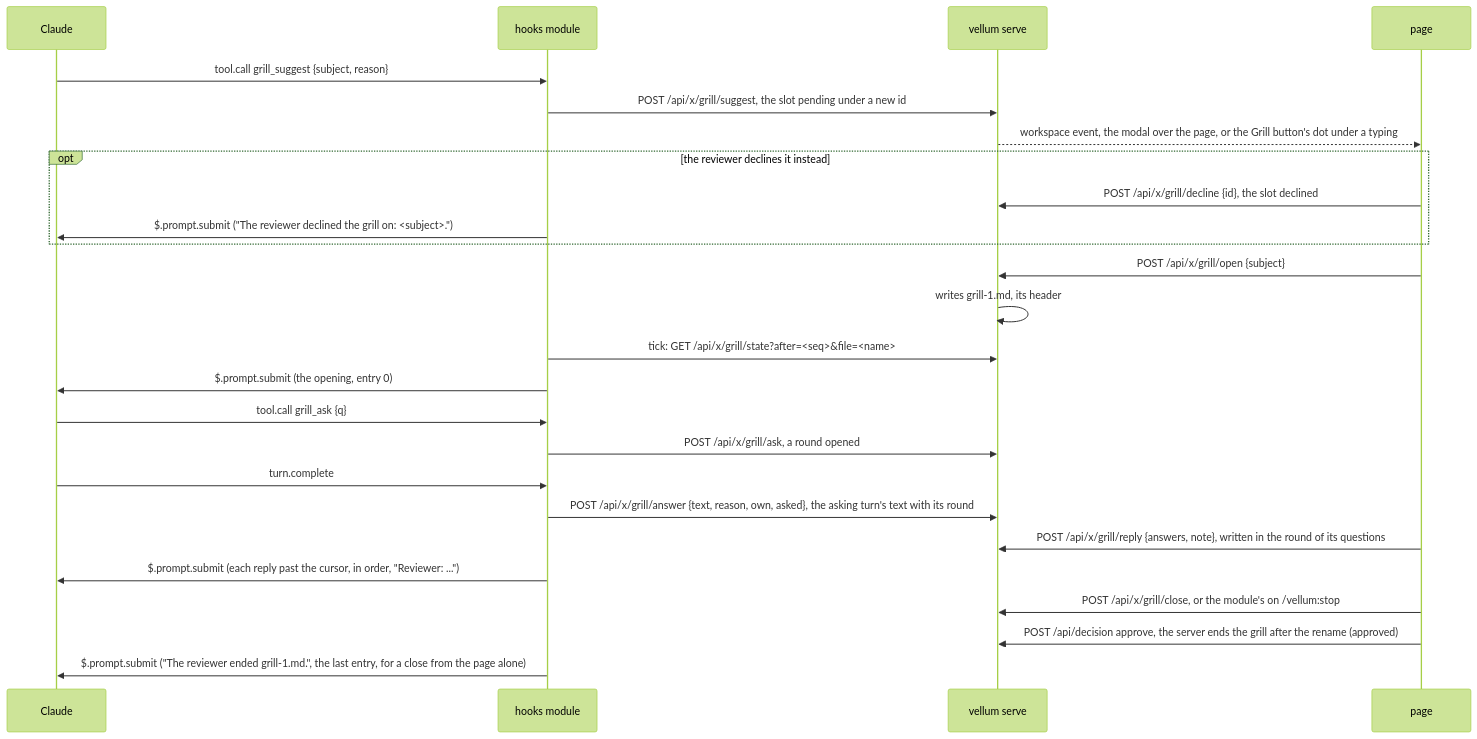
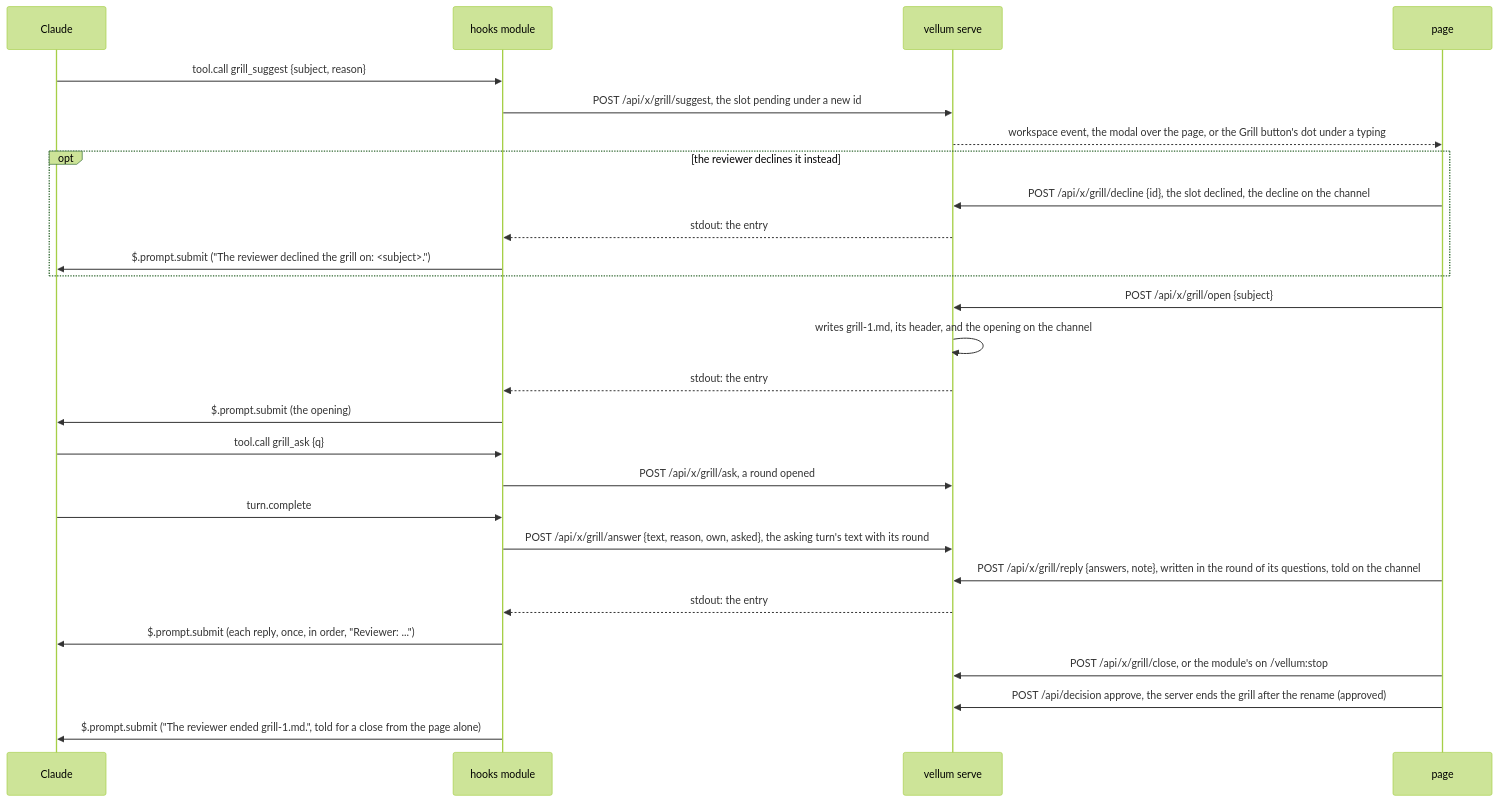
Before and after one commit to bengous/claude-code-plugins: the third of 5 diagrams in vellum/docs/architecture.md, drawn with Mermaid (forest theme). The commit also changed other lines of this file and 56 other files, not shown here.

````diff
--- a/vellum/docs/architecture.md
+++ b/vellum/docs/architecture.md
@@ -116,27 +117,29 @@
 ```mermaid
 sequenceDiagram
   participant C as Claude
   participant M as hooks module
   participant S as vellum serve
   participant P as page
   C->>M: tool.call grill_suggest {subject, reason}
   M->>S: POST /api/x/grill/suggest, the slot pending under a new id
   S-->>P: workspace event, the modal over the page, or the Grill button's dot under a typing
   opt the reviewer declines it instead
-    P->>S: POST /api/x/grill/decline {id}, the slot declined
+    P->>S: POST /api/x/grill/decline {id}, the slot declined, the decline on the channel
+    S-->>M: stdout: the entry
     M->>C: $.prompt.submit ("The reviewer declined the grill on: <subject>.")
   end
   P->>S: POST /api/x/grill/open {subject}
-  S->>S: writes grill-1.md, its header
-  M->>S: tick: GET /api/x/grill/state?after=<seq>&file=<name>
-  M->>C: $.prompt.submit (the opening, entry 0)
+  S->>S: writes grill-1.md, its header, and the opening on the channel
+  S-->>M: stdout: the entry
+  M->>C: $.prompt.submit (the opening)
   C->>M: tool.call grill_ask {q}
   M->>S: POST /api/x/grill/ask, a round opened
   C->>M: turn.complete
   M->>S: POST /api/x/grill/answer {text, reason, own, asked}, the asking turn's text with its round
-  P->>S: POST /api/x/grill/reply {answers, note}, written in the round of its questions
-  M->>C: $.prompt.submit (each reply past the cursor, in order, "Reviewer: ...")
+  P->>S: POST /api/x/grill/reply {answers, note}, written in the round of its questions, told on the channel
+  S-->>M: stdout: the entry
+  M->>C: $.prompt.submit (each reply, once, in order, "Reviewer: ...")
   P->>S: POST /api/x/grill/close, or the module's on /vellum:stop
   P->>S: POST /api/decision approve, the server ends the grill after the rename (approved)
-  M->>C: $.prompt.submit ("The reviewer ended grill-1.md.", the last entry, for a close from the page alone)
+  M->>C: $.prompt.submit ("The reviewer ended grill-1.md.", told for a close from the page alone)
 ```
````
